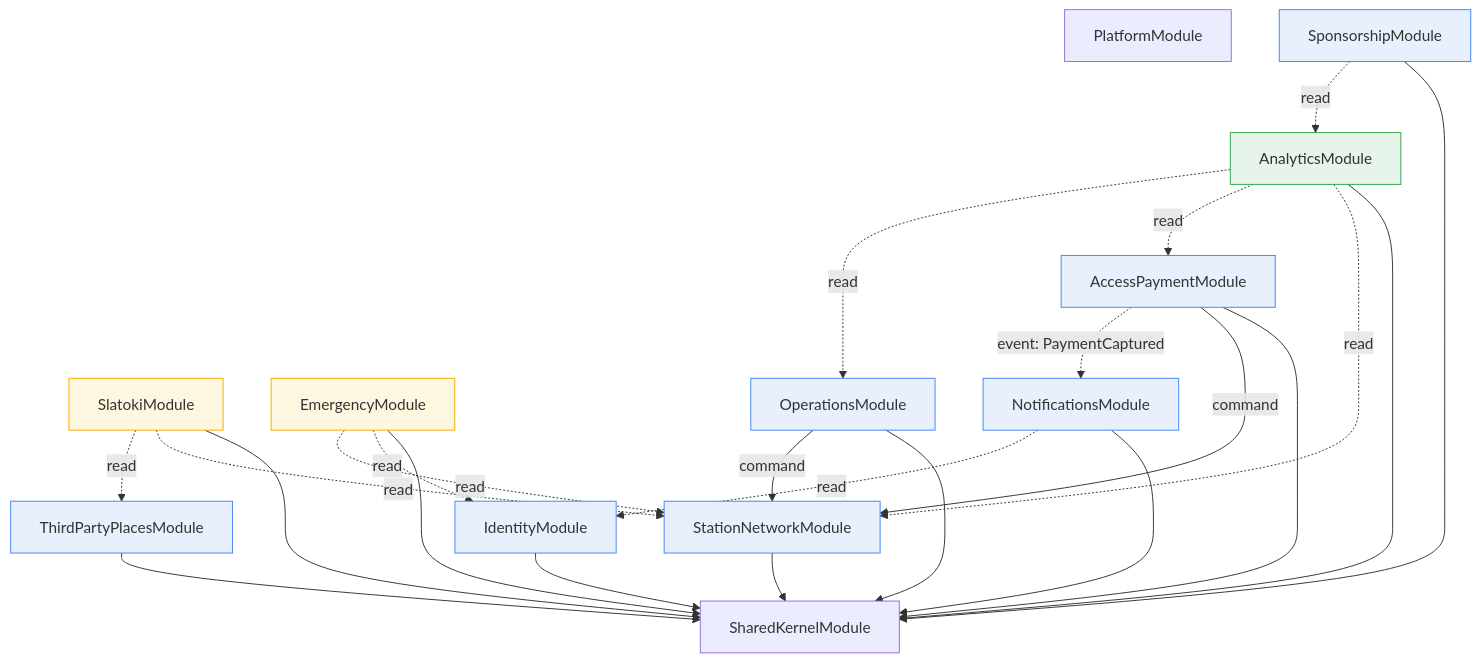
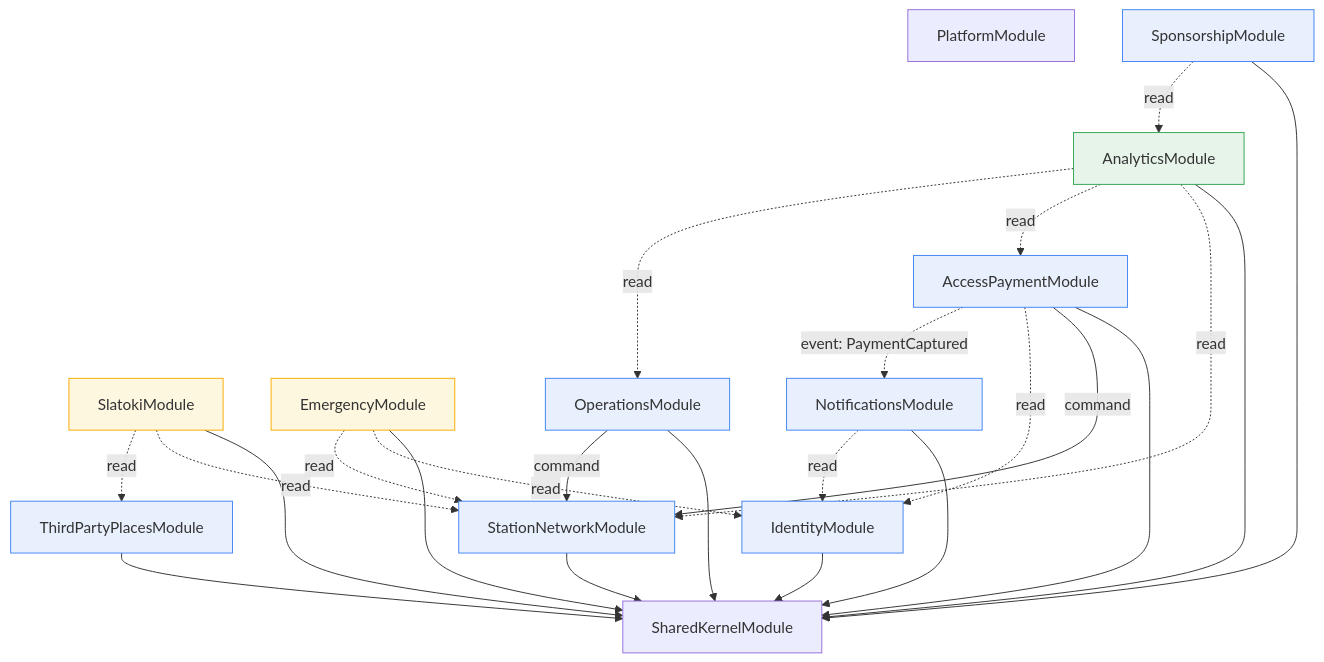
Before and after one commit to hamoudimaouche53-ux/raahti: the diagram in docs/architecture/module-dependency-diagram.md, drawn with Mermaid. The commit also changed other lines of this file and 34 other files, not shown here.

````diff
--- a/docs/architecture/module-dependency-diagram.md
+++ b/docs/architecture/module-dependency-diagram.md
@@ -52,47 +54,48 @@
 ```mermaid
 graph TD
     SK[SharedKernelModule]
     PLAT[PlatformModule]
 
     ID[IdentityModule]
     SN[StationNetworkModule]
     TPP[ThirdPartyPlacesModule]
     SLK[SlatokiModule]
     AP[AccessPaymentModule]
     EM[EmergencyModule]
     NT[NotificationsModule]
     SP[SponsorshipModule]
     OPS[OperationsModule]
     AN[AnalyticsModule]
 
     ID --> SK
     SN --> SK
     TPP --> SK
     AP --> SK
     NT --> SK
     SP --> SK
     OPS --> SK
     AN --> SK
     EM --> SK
     SLK --> SK
 
     SLK -.->|read| SN
     SLK -.->|read| TPP
     AP -->|command| SN
+    AP -.->|read| ID
     AP -.->|event: PaymentCaptured| NT
     EM -.->|read| ID
     EM -.->|read| SN
     NT -.->|read| ID
     SP -.->|read| AN
     OPS -->|command| SN
     AN -.->|read| SN
     AN -.->|read| AP
     AN -.->|read| OPS
 
     classDef core fill:#e8f0fe,stroke:#4285f4;
     classDef orchestration fill:#fef7e0,stroke:#f9ab00;
     classDef projection fill:#e6f4ea,stroke:#34a853;
     class ID,SN,TPP,AP,NT,SP,OPS core;
     class SLK,EM orchestration;
     class AN projection;
 ```
````
